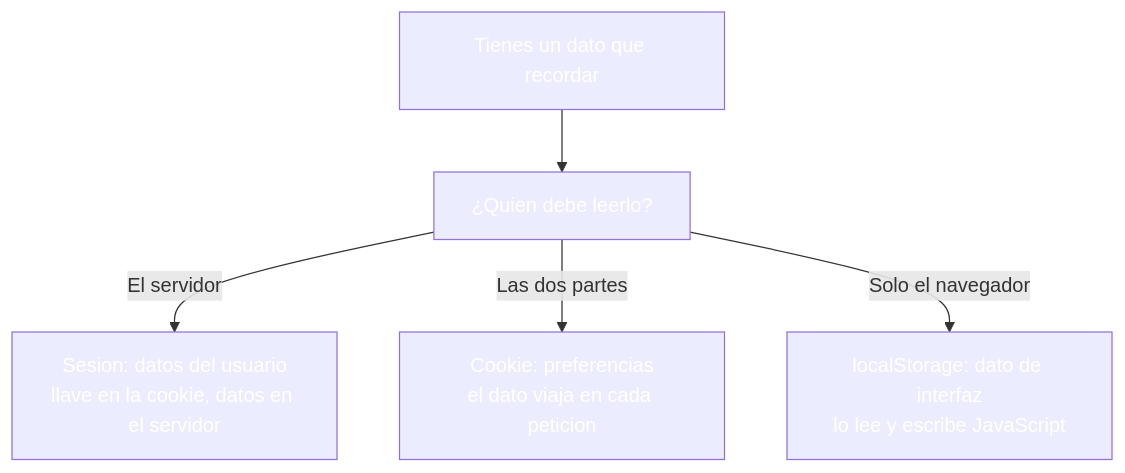
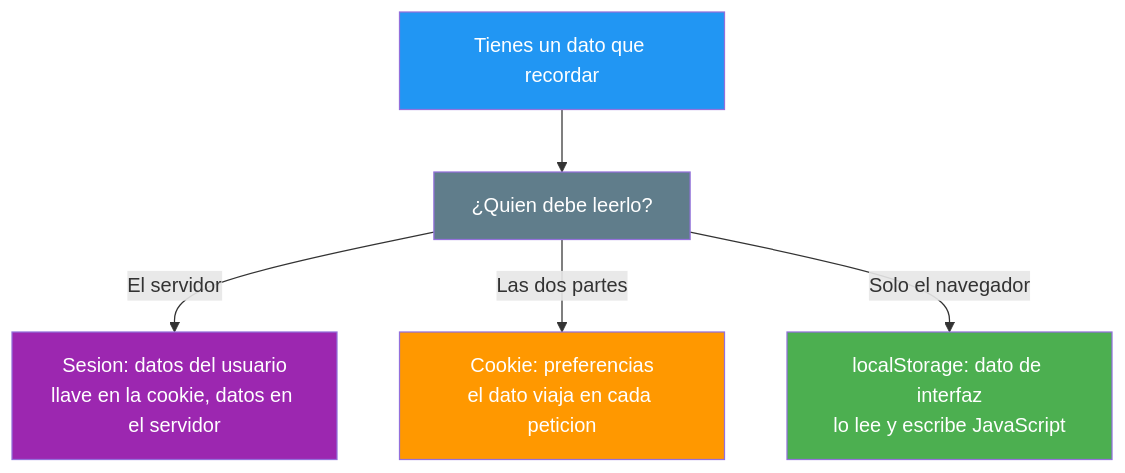
Before and after one commit to joseluisgs/DesarrolloWebEntornosServidor-03-2026-2027: the sixth of 7 diagrams in 18-cookies-sesiones-cliente.md, drawn with Mermaid. The commit also changed other lines of this file and 25 other files, not shown here.

Commit message:
docs: corregir los estilos Mermaid de los temas y alinear el dominio del tema 25 con ProductosApp

````diff
--- a/18-cookies-sesiones-cliente.md
+++ b/18-cookies-sesiones-cliente.md
@@ -505,12 +505,12 @@
 ```mermaid
 graph TD
     D["Tienes un dato que recordar"] --> P["¿Quien debe leerlo?"]
     P -->|El servidor| S["Sesion: datos del usuario<br/>llave en la cookie, datos en el servidor"]
     P -->|Las dos partes| C["Cookie: preferencias<br/>el dato viaja en cada peticion"]
     P -->|Solo el navegador| L["localStorage: dato de interfaz<br/>lo lee y escribe JavaScript"]
-    style D fill:#2196F,color:#fff3,color:#fff
-    style P fill:#607D8,color:#fffB,color:#fff
-    style S fill:#9C27B,color:#fff0,color:#fff
-    style C fill:#FF980,color:#fff0,color:#fff
-    style L fill:#4CAF5,color:#fff0,color:#fff
+    style D fill:#2196F3,color:#fff
+    style P fill:#607D8B,color:#fff
+    style S fill:#9C27B0,color:#fff
+    style C fill:#FF9800,color:#fff
+    style L fill:#4CAF50,color:#fff
 ```
````
